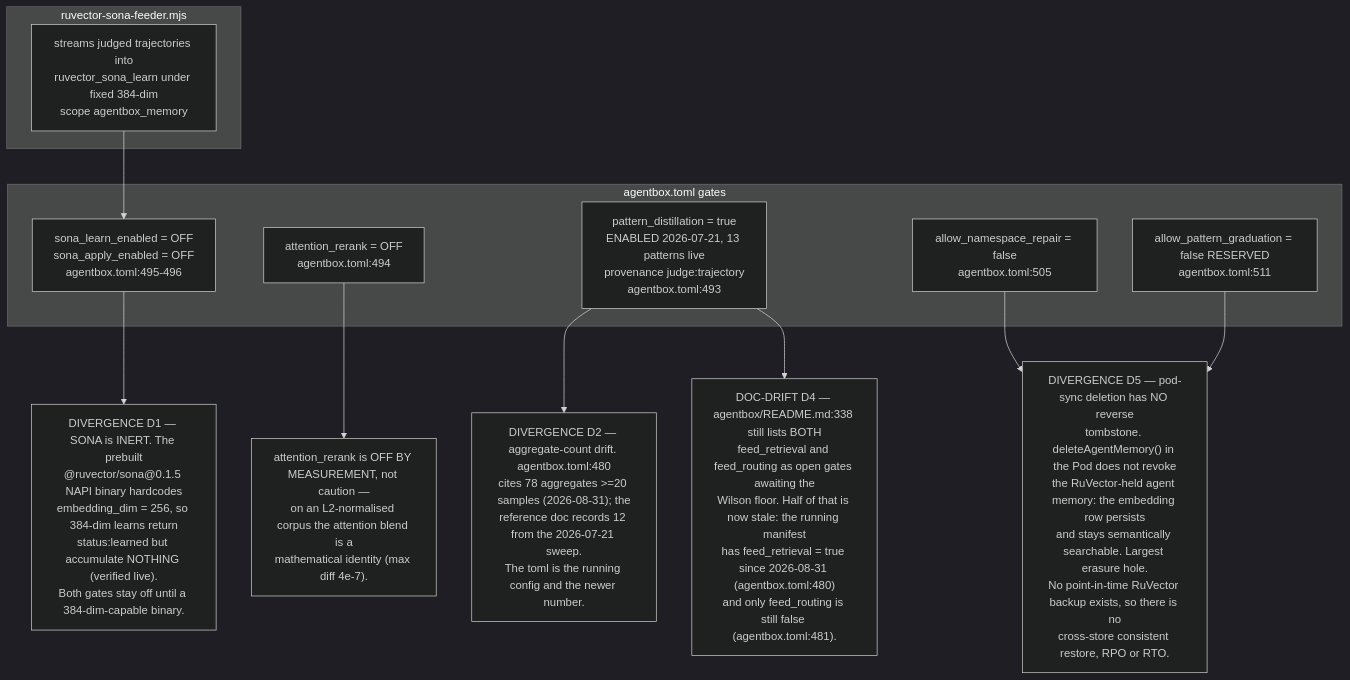
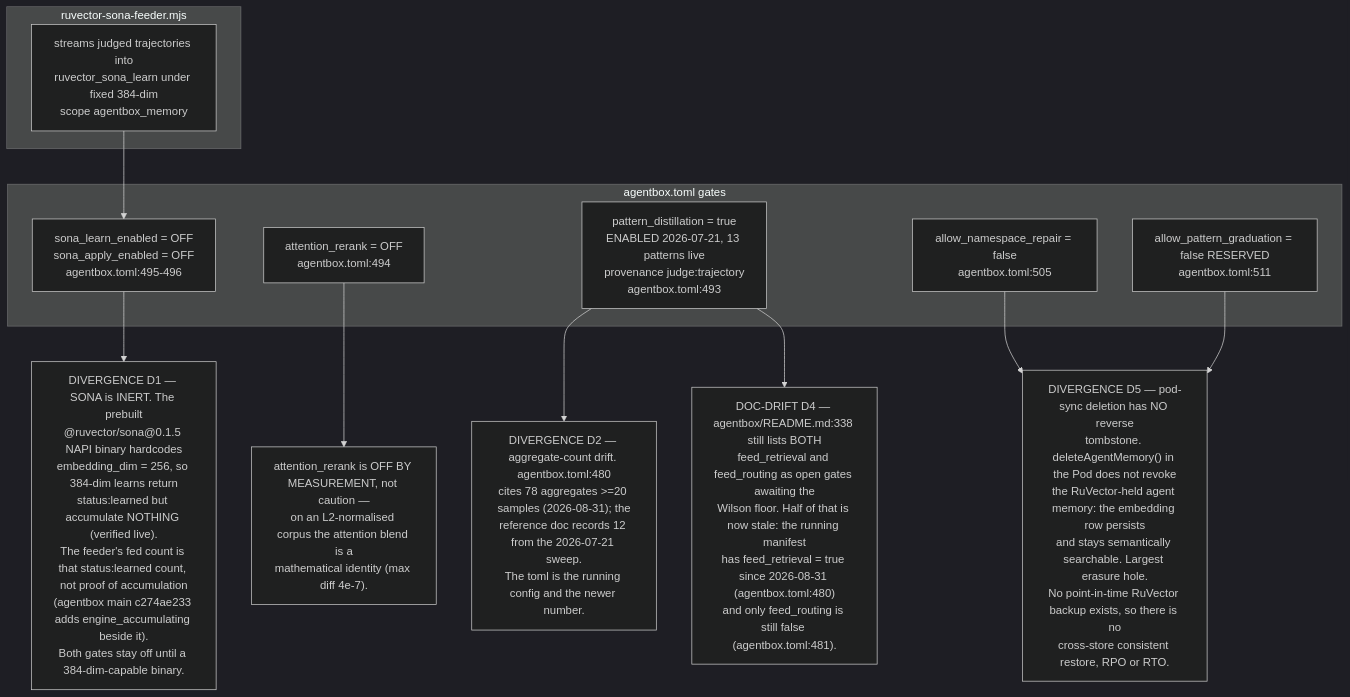
One commit to DreamLab-AI/VisionFlow changed the fifth of 6 diagrams in docs/diagrams/estate/07-memory-and-embedding-estate.md. Above: the diagram before and after it, drawn with Mermaid (dark theme). The commit also changed other lines of this file and 20 other files, not shown here.

Commit message:
docs(diagrams): reflect the S-3, S-7c/d/f and S-4(3) fixes in the corpus

````diff
--- a/docs/diagrams/estate/07-memory-and-embedding-estate.md
+++ b/docs/diagrams/estate/07-memory-and-embedding-estate.md
@@ -156,26 +156,26 @@
 ```mermaid
 flowchart TB
     subgraph feeder["ruvector-sona-feeder.mjs"]
         F1["streams judged trajectories into<br/>ruvector_sona_learn under fixed 384-dim<br/>scope agentbox_memory"]
     end
     subgraph gates["agentbox.toml gates"]
         G1["sona_learn_enabled = OFF<br/>sona_apply_enabled = OFF<br/>agentbox.toml:495-496"]
         G2["attention_rerank = OFF<br/>agentbox.toml:494"]
         G3["pattern_distillation = true<br/>ENABLED 2026-07-21, 13 patterns live<br/>provenance judge:trajectory<br/>agentbox.toml:493"]
         G4["allow_namespace_repair = false<br/>agentbox.toml:505"]
         G5["allow_pattern_graduation = false RESERVED<br/>agentbox.toml:511"]
     end
-    D1["DIVERGENCE D1 — SONA is INERT. The prebuilt<br/>@ruvector/sona@0.1.5 NAPI binary hardcodes<br/>embedding_dim = 256, so 384-dim learns return<br/>status:learned but accumulate NOTHING (verified live).<br/>Both gates stay off until a 384-dim-capable binary."]
+    D1["DIVERGENCE D1 — SONA is INERT. The prebuilt<br/>@ruvector/sona@0.1.5 NAPI binary hardcodes<br/>embedding_dim = 256, so 384-dim learns return<br/>status:learned but accumulate NOTHING (verified live).<br/>The feeder's fed count is that status:learned count, not proof of accumulation<br/>(agentbox main c274ae233 adds engine_accumulating beside it).<br/>Both gates stay off until a 384-dim-capable binary."]
     D1B["attention_rerank is OFF BY MEASUREMENT, not caution —<br/>on an L2-normalised corpus the attention blend is a<br/>mathematical identity (max diff 4e-7)."]
     D2["DIVERGENCE D2 — aggregate-count drift. agentbox.toml:480<br/>cites 78 aggregates >=20 samples (2026-08-31); the<br/>reference doc records 12 from the 2026-07-21 sweep.<br/>The toml is the running config and the newer number."]
     D4["DOC-DRIFT D4 — agentbox/README.md:338 still lists BOTH<br/>feed_retrieval and feed_routing as open gates awaiting the<br/>Wilson floor. Half of that is now stale: the running manifest<br/>has feed_retrieval = true since 2026-08-31 (agentbox.toml:480)<br/>and only feed_routing is still false (agentbox.toml:481)."]
     D5["DIVERGENCE D5 — pod-sync deletion has NO reverse<br/>tombstone. deleteAgentMemory() in the Pod does not revoke<br/>the RuVector-held agent memory: the embedding row persists<br/>and stays semantically searchable. Largest erasure hole.<br/>No point-in-time RuVector backup exists, so there is no<br/>cross-store consistent restore, RPO or RTO."]
 
     F1 --> G1
     G1 --> D1
     G2 --> D1B
     G3 --> D2
     G3 --> D4
     G4 --> D5
     G5 --> D5
 ```
````
